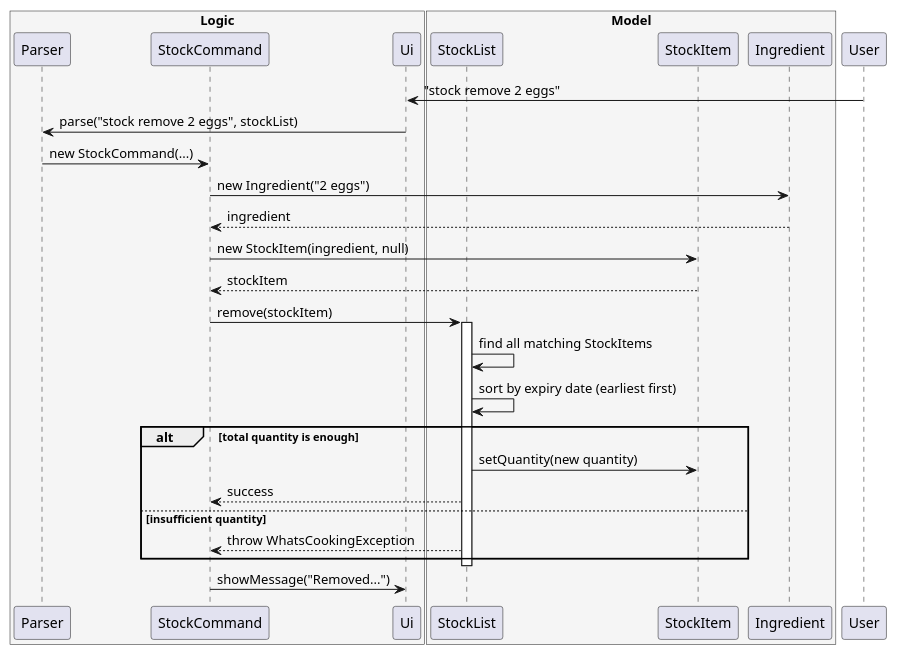
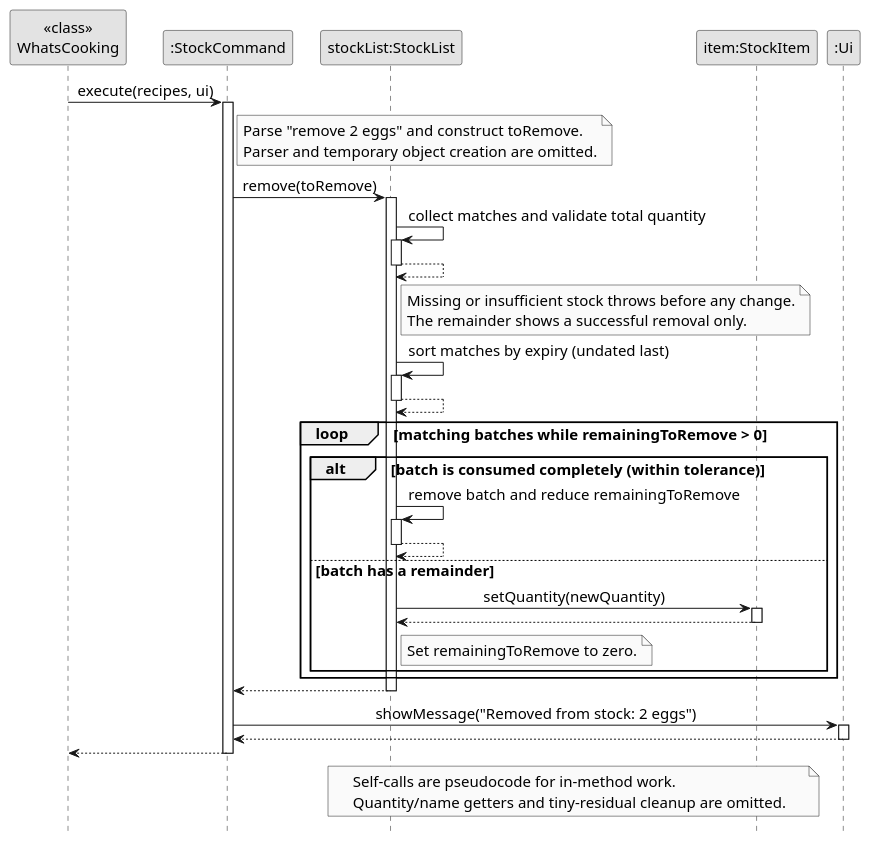
Before and after one commit to AY2627S1-CS2113-W14-3/tp: the diagram in docs/diagrams/stock-remove.puml, drawn with PlantUML. The commit also changed 37 other files, not shown here.

First line of the commit message:
Align v2.0 guides and UML with implemented behavior

```diff
--- a/docs/diagrams/stock-remove.puml
+++ b/docs/diagrams/stock-remove.puml
@@ -1,38 +1,62 @@
 @startuml
+skinparam monochrome true
+skinparam shadowing false
+skinparam defaultFontName SansSerif
+skinparam defaultFontSize 15
+skinparam sequenceMessageAlign center
+hide footbox
 
-box "Logic" #F5F5F5
-participant "Parser" as Parser
-participant "StockCommand" as StockCmd
-participant "Ui" as Ui
-end box
+participant "<<class>>\nWhatsCooking" as App
+participant ":StockCommand" as Command
+participant "stockList:StockList" as Stock
+participant "item:StockItem" as Item
+participant ":Ui" as UI
 
-box "Model" #F5F5F5
-participant "StockList" as Stock
-participant "StockItem" as Item
-participant "Ingredient" as Ing
-end box
+App -> Command : execute(recipes, ui)
+activate Command
+note right of Command
+  Parse "remove 2 eggs" and construct toRemove.
+  Parser and temporary object creation are omitted.
+end note
+Command -> Stock : remove(toRemove)
+activate Stock
+Stock -> Stock : collect matches and validate total quantity
+activate Stock
+Stock --> Stock
+deactivate Stock
+note right of Stock
+  Missing or insufficient stock throws before any change.
+  The remainder shows a successful removal only.
+end note
+Stock -> Stock : sort matches by expiry (undated last)
+activate Stock
+Stock --> Stock
+deactivate Stock
+loop matching batches while remainingToRemove > 0
+  alt batch is consumed completely (within tolerance)
+    Stock -> Stock : remove batch and reduce remainingToRemove
+    activate Stock
+    Stock --> Stock
+    deactivate Stock
+  else batch has a remainder
+    Stock -> Item : setQuantity(newQuantity)
+    activate Item
+    Item --> Stock
+    deactivate Item
+    note right of Stock : Set remainingToRemove to zero.
+  end
+end
+Stock --> Command
+deactivate Stock
+Command -> UI : showMessage("Removed from stock: 2 eggs")
+activate UI
+UI --> Command
+deactivate UI
+Command --> App
+deactivate Command
 
-User -> Ui : "stock remove 2 eggs"
-Ui -> Parser : parse("stock remove 2 eggs", stockList)
-Parser -> StockCmd : new StockCommand(...)
-StockCmd -> Ing : new Ingredient("2 eggs")
-Ing --> StockCmd : ingredient
-StockCmd -> Item : new StockItem(ingredient, null)
-Item --> StockCmd : stockItem
-
-StockCmd -> Stock : remove(stockItem)
-
-activate Stock
-Stock -> Stock : find all matching StockItems
-Stock -> Stock : sort by expiry date (earliest first)
-alt total quantity is enough
-    Stock -> Item : setQuantity(new quantity)
-    Stock --> StockCmd : success
-else insufficient quantity
-    Stock --> StockCmd : throw WhatsCookingException
-end
-deactivate Stock
-
-StockCmd -> Ui : showMessage("Removed...")
-
+note over Stock, Item
+  Self-calls are pseudocode for in-method work.
+  Quantity/name getters and tiny-residual cleanup are omitted.
+end note
 @enduml
```
